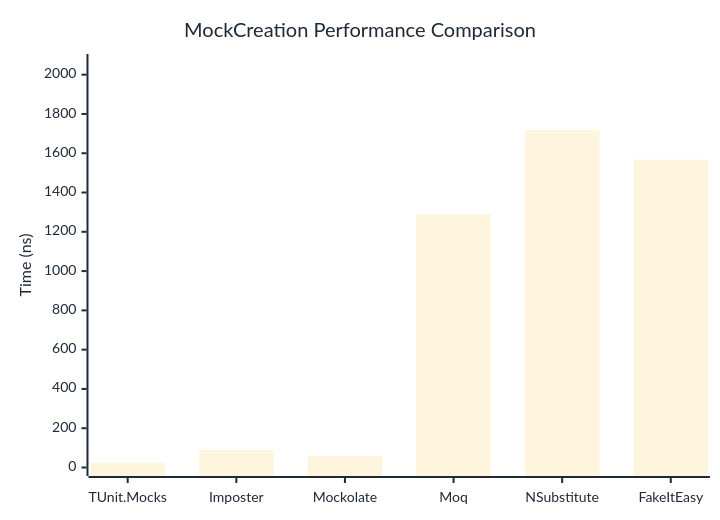
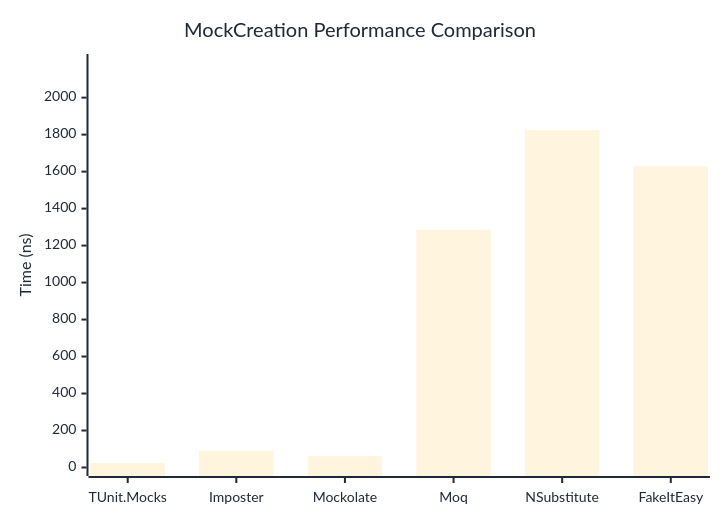
The first of 2 diagrams in docs/docs/benchmarks/mocks/MockCreation.md (weiyilai/TUnit), drawn with Mermaid before and after one commit. The commit also changed other lines of this file and 14 other files, not shown here.

````diff
--- a/docs/docs/benchmarks/mocks/MockCreation.md
+++ b/docs/docs/benchmarks/mocks/MockCreation.md
@@ -28,27 +28,27 @@
 ```mermaid
 %%{init: {
   'theme':'base',
   'themeVariables': {
     'primaryColor': '#2563eb',
     'primaryTextColor': '#1f2937',
     'primaryBorderColor': '#1e40af',
     'lineColor': '#6b7280',
     'secondaryColor': '#7c3aed',
     'tertiaryColor': '#dc2626',
     'background': '#ffffff',
     'pie1': '#2563eb',
     'pie2': '#7c3aed',
     'pie3': '#dc2626',
     'pie4': '#f59e0b',
     'pie5': '#10b981',
     'pie6': '#06b6d4',
     'pie7': '#ec4899',
     'pie8': '#6366f1'
   }
 }}%%
 xychart-beta
   title "MockCreation Performance Comparison"
   x-axis ["TUnit.Mocks", "Imposter", "Mockolate", "Moq", "NSubstitute", "FakeItEasy"]
-  y-axis "Time (ns)" 0 --> 2062
-  bar [24.42, 88.38, 58.08, 1288.81, 1717.52, 1566.49]
+  y-axis "Time (ns)" 0 --> 2190
+  bar [24.47, 90.86, 60.7, 1285.59, 1824.3, 1628.74]
 ```
````
